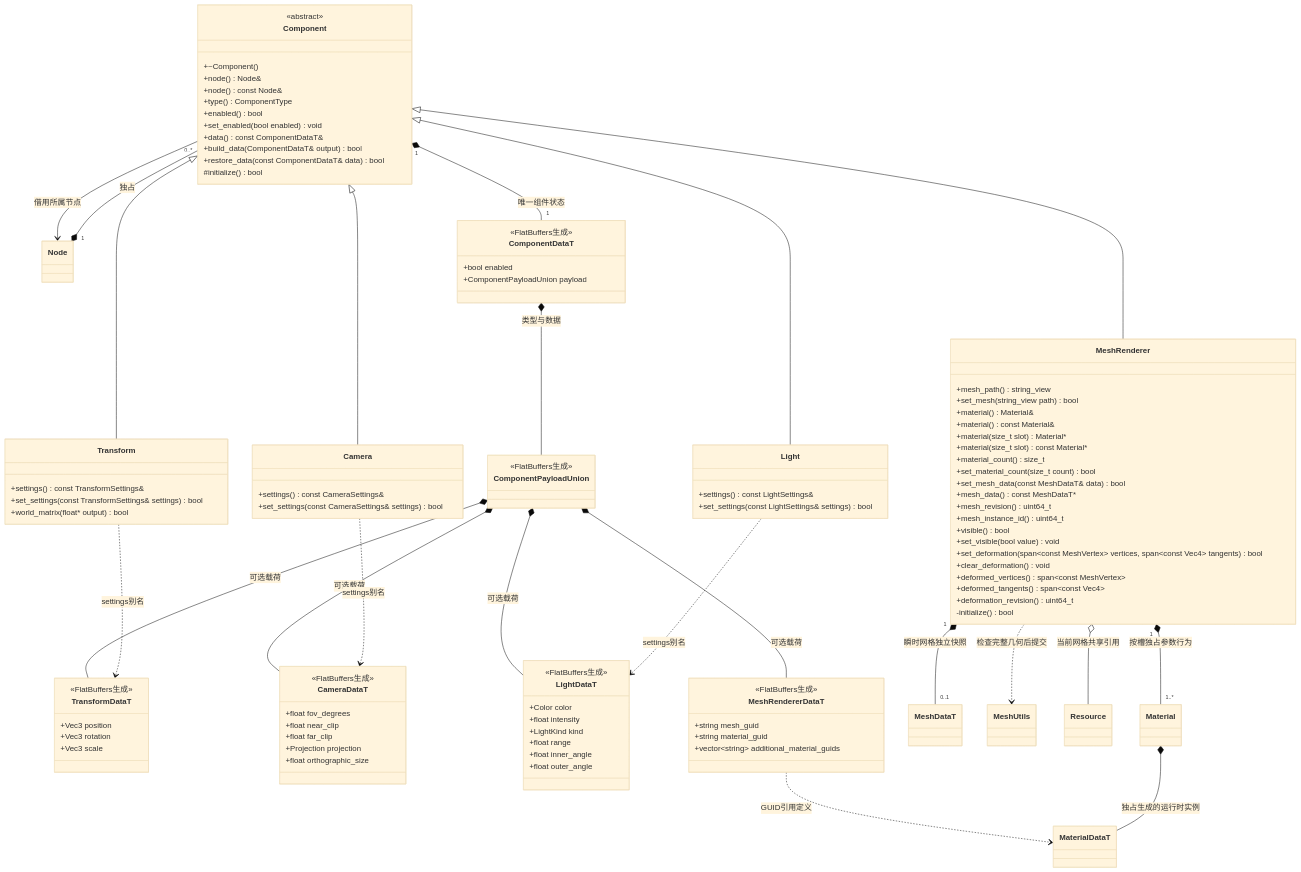
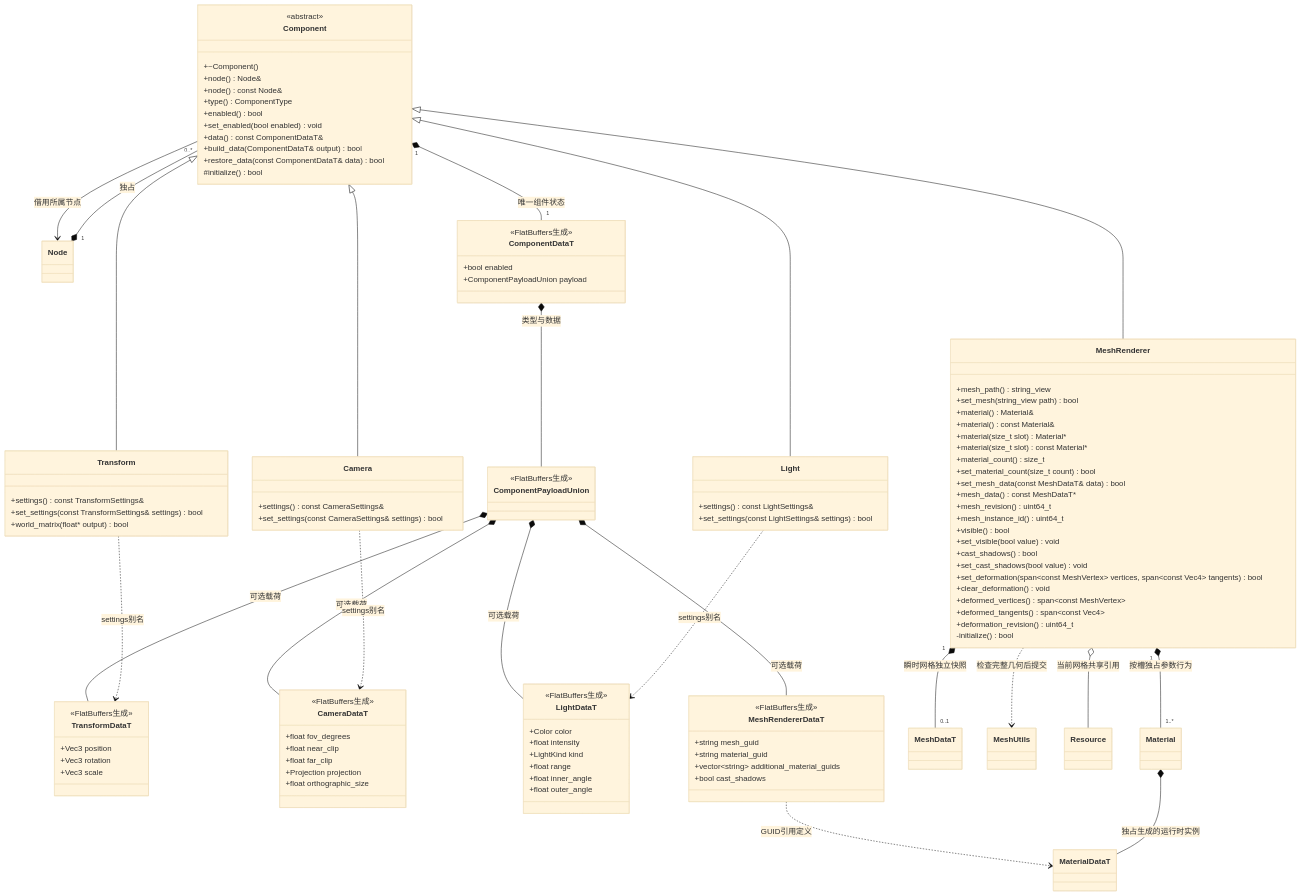
One commit to lcals/Engine changed the diagram in docs/runtime/class-diagrams/component.md. Above: the diagram before and after it, drawn with Mermaid (base theme). The commit also changed other lines of this file and 93 other files, not shown here.

```diff
--- a/docs/runtime/class-diagrams/component.md
+++ b/docs/runtime/class-diagrams/component.md
@@ -47,6 +47,8 @@
         +mesh_instance_id() uint64_t
         +visible() bool
         +set_visible(bool value) void
+        +cast_shadows() bool
+        +set_cast_shadows(bool value) void
         +set_deformation(span~const MeshVertex~ vertices, span~const Vec4~ tangents) bool
         +clear_deformation() void
         +deformed_vertices() span~const MeshVertex~
@@ -91,6 +93,7 @@
         +string mesh_guid
         +string material_guid
         +vector~string~ additional_material_guids
+        +bool cast_shadows
     }
     class MeshDataT
     class MeshUtils
```
